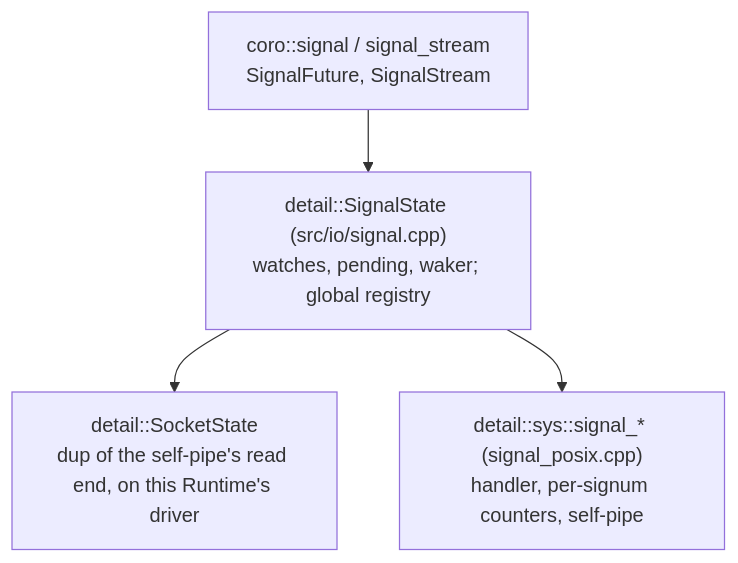
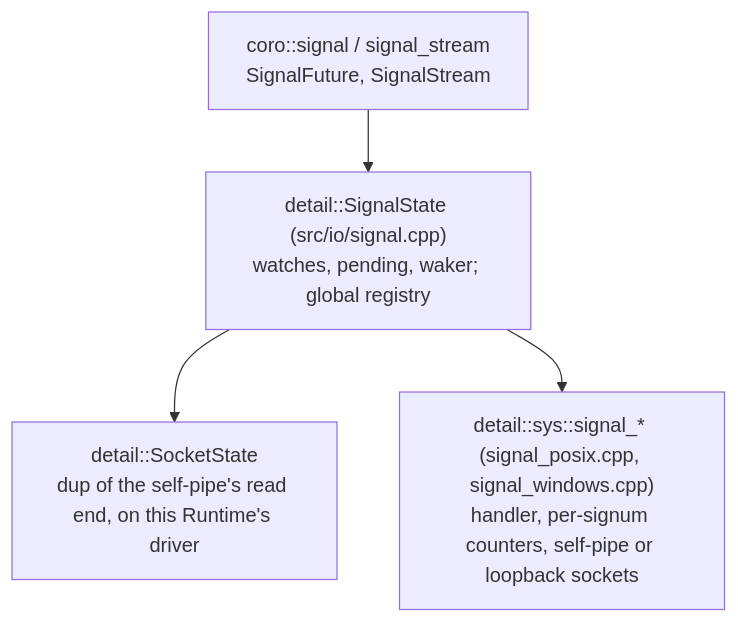
The first of 2 diagrams in doc/design/signal_handling.md (bts164/coro), drawn with Mermaid before and after one commit. The commit also changed other lines of this file and 107 other files, not shown here.

Commit message:
Added a AFD/IOCP sys poller backend to support a windows port of the library

````diff
--- a/doc/design/signal_handling.md
+++ b/doc/design/signal_handling.md
@@ -106,10 +128,10 @@
 ```mermaid
 flowchart TD
     API["coro::signal / signal_stream<br/>SignalFuture, SignalStream"]
     ST["detail::SignalState (src/io/signal.cpp)<br/>watches, pending, waker; global registry"]
     SOCK["detail::SocketState<br/>dup of the self-pipe's read end, on this Runtime's driver"]
-    SYS["detail::sys::signal_* (signal_posix.cpp)<br/>handler, per-signum counters, self-pipe"]
+    SYS["detail::sys::signal_* (signal_posix.cpp, signal_windows.cpp)<br/>handler, per-signum counters, self-pipe or loopback sockets"]
     API --> ST
     ST --> SOCK
     ST --> SYS
 ```
````
